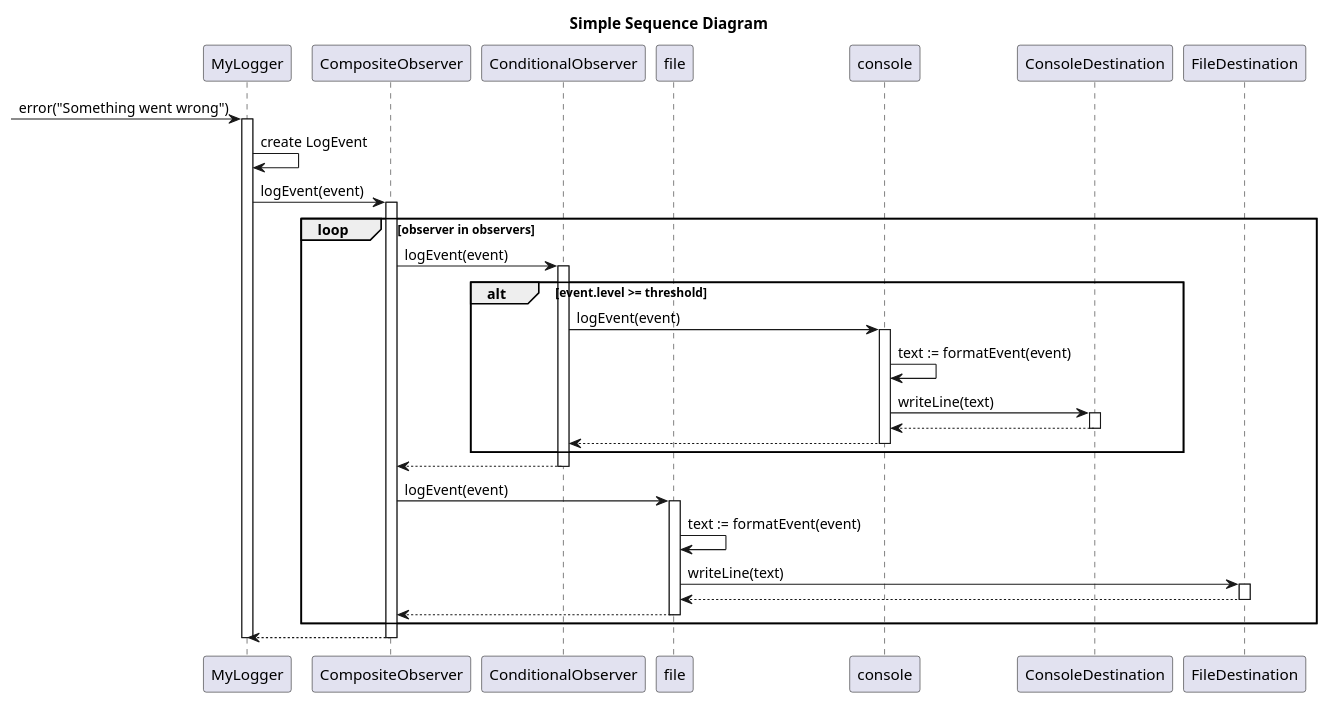
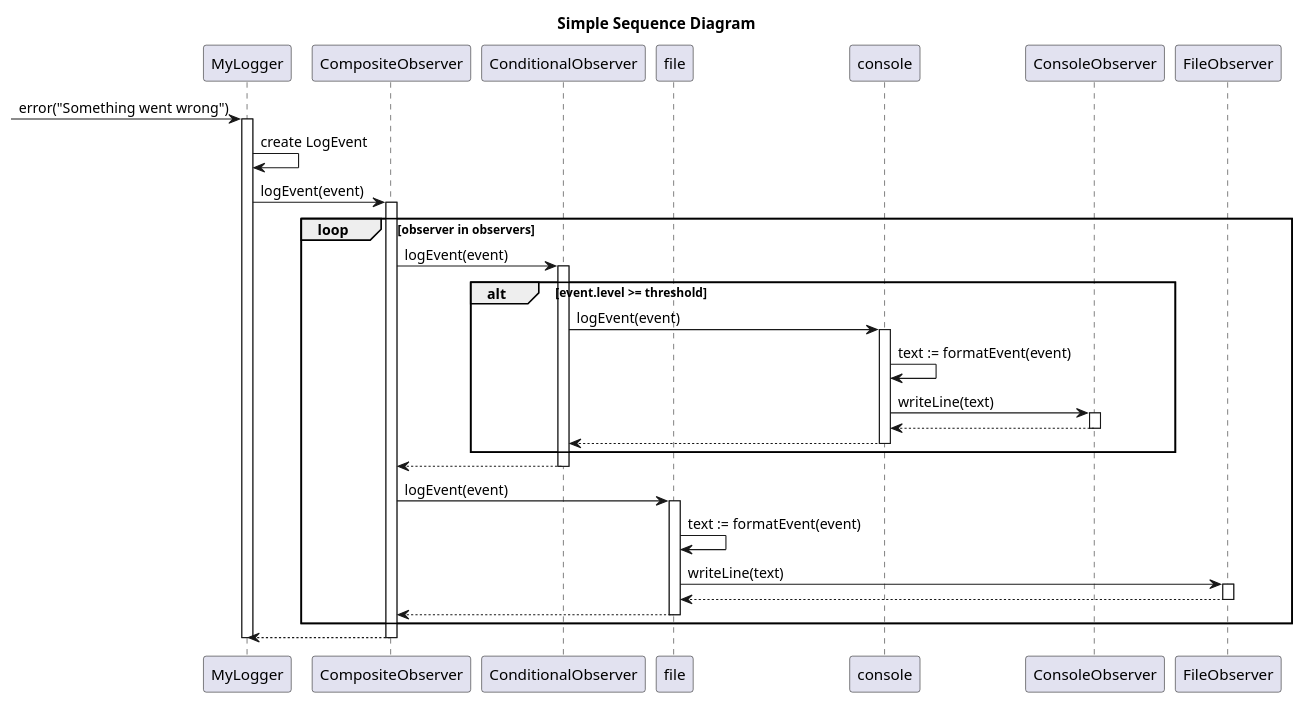
One commit to jhannes/logevents changed the diagram in doc/sequence-simple.puml. Above: the diagram before and after it, drawn with PlantUML. The commit also changed 20 other files, not shown here.

```diff
--- a/doc/sequence-simple.puml
+++ b/doc/sequence-simple.puml
@@ -1,43 +1,43 @@
 @startuml
 
 title Simple Sequence Diagram
 
 participant MyLogger
 participant CompositeObserver
 participant ConditionalObserver
 participant file
 participant console
-participant ConsoleDestination
-participant FileDestination
+participant ConsoleObserver
+participant FileObserver
 
 
 [-> MyLogger: error("Something went wrong")
 activate MyLogger
   MyLogger -> MyLogger: create LogEvent
   MyLogger -> CompositeObserver ++: logEvent(event)
 
   loop observer in observers
     CompositeObserver -> ConditionalObserver ++: logEvent(event)
     alt event.level >= threshold
         ConditionalObserver -> console ++: logEvent(event)
         console -> console: text := formatEvent(event)
-        console -> ConsoleDestination ++: writeLine(text)
-        console <-- ConsoleDestination --
+        console -> ConsoleObserver ++: writeLine(text)
+        console <-- ConsoleObserver --
         ConditionalObserver <-- console --
     end
     CompositeObserver <-- ConditionalObserver --
   
     CompositeObserver -> file ++: logEvent(event)
       file -> file: text := formatEvent(event)
-      file -> FileDestination ++: writeLine(text)
-      file <-- FileDestination --
+      file -> FileObserver ++: writeLine(text)
+      file <-- FileObserver --
     CompositeObserver <-- file --
   end loop
 
 
   MyLogger <-- CompositeObserver --
 deactivate MyLogger
 
 
 
 @enduml
```
